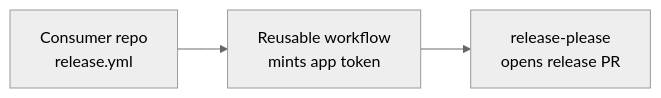
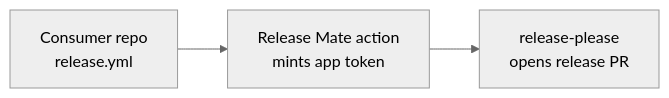
One commit to release-mate/action changed the diagram in README.md. Above: the diagram before and after it, drawn with Mermaid (neutral theme). The commit also changed other lines of this file, not shown here.

First line of the commit message:
docs: Refocus README on the action and reusable workflow

````diff
--- a/README.md
+++ b/README.md
@@ -41,5 +29,5 @@
 ```mermaid
 flowchart LR
-    A[Consumer repo<br/>release.yml] --> B[Reusable workflow<br/>mints app token]
+    A[Consumer repo<br/>release.yml] --> B[Release Mate action<br/>mints app token]
     B --> C[release-please<br/>opens release PR]
 ```
````
